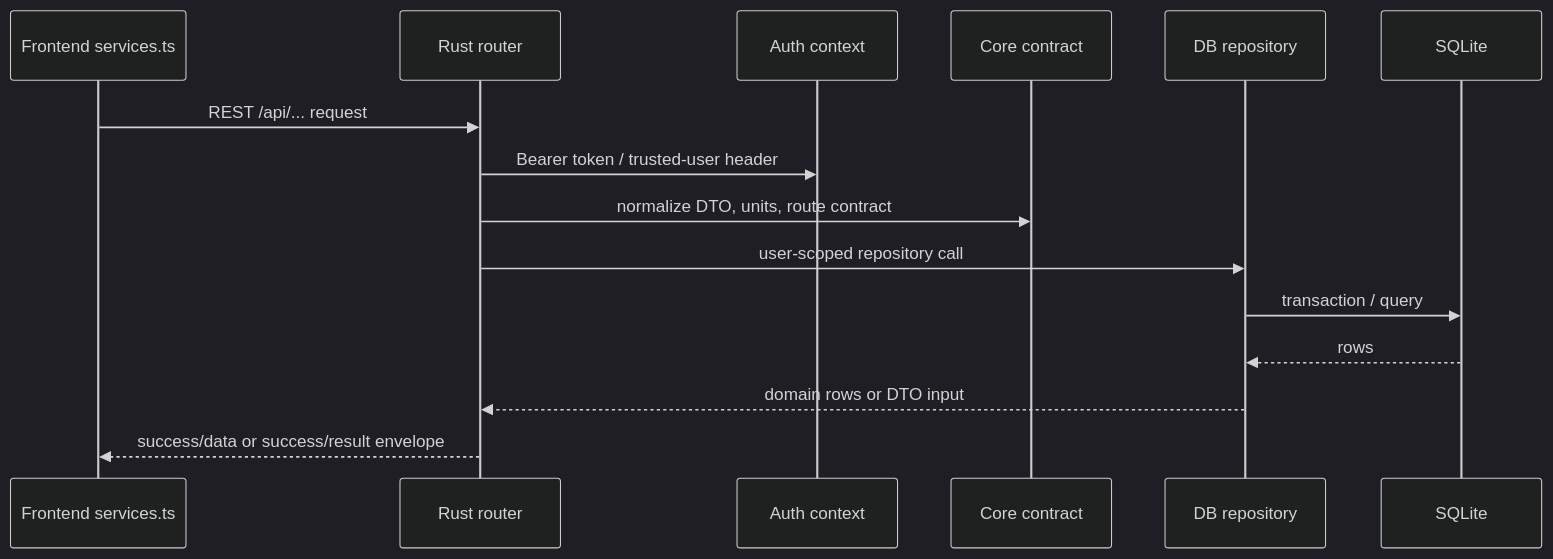
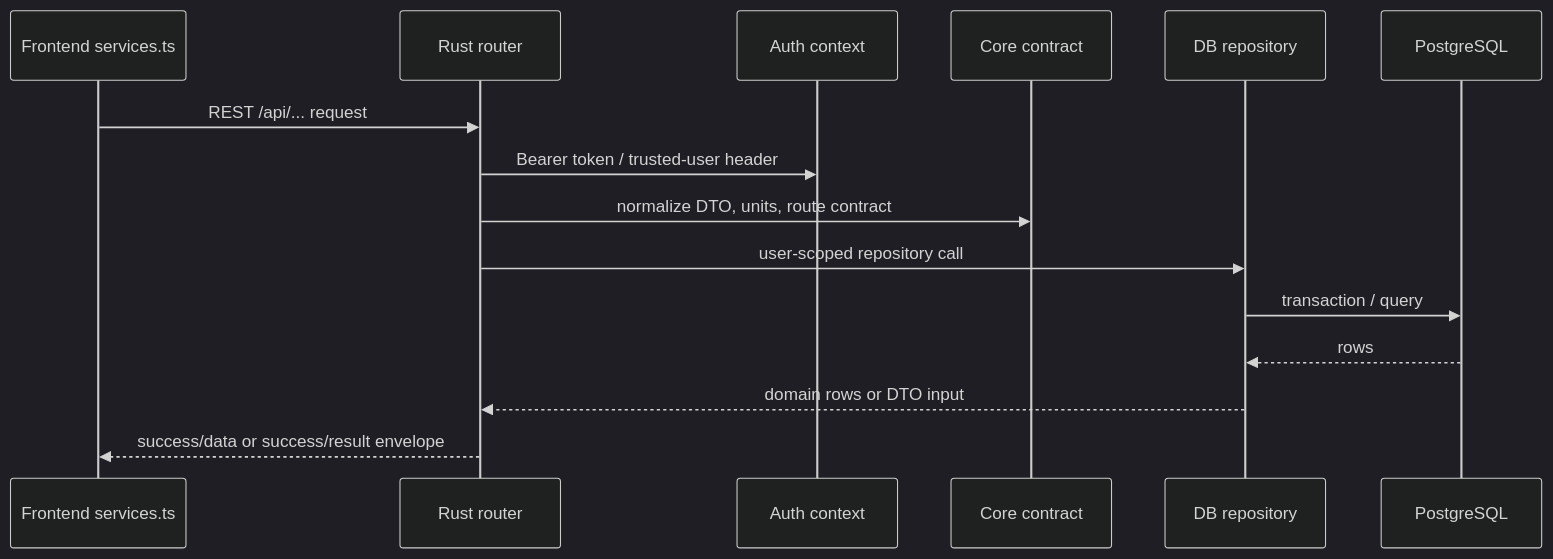
One commit to hcy0317/bill_analyser changed the second of 4 diagrams in docs/backend-map.md. Above: the diagram before and after it, drawn with Mermaid (dark theme). The commit also changed other lines of this file and 2 other files, not shown here.

First line of the commit message:
docs(backend): 同步后端导航图静态门禁

````diff
--- a/docs/backend-map.md
+++ b/docs/backend-map.md
@@ -43,17 +42,17 @@
 ```mermaid
 sequenceDiagram
   participant F as Frontend services.ts
   participant R as Rust router
   participant A as Auth context
   participant C as Core contract
   participant D as DB repository
-  participant S as SQLite
+  participant S as PostgreSQL
   F->>R: REST /api/... request
   R->>A: Bearer token / trusted-user header
   R->>C: normalize DTO, units, route contract
   R->>D: user-scoped repository call
   D->>S: transaction / query
   S-->>D: rows
   D-->>R: domain rows or DTO input
   R-->>F: success/data or success/result envelope
 ```
````
